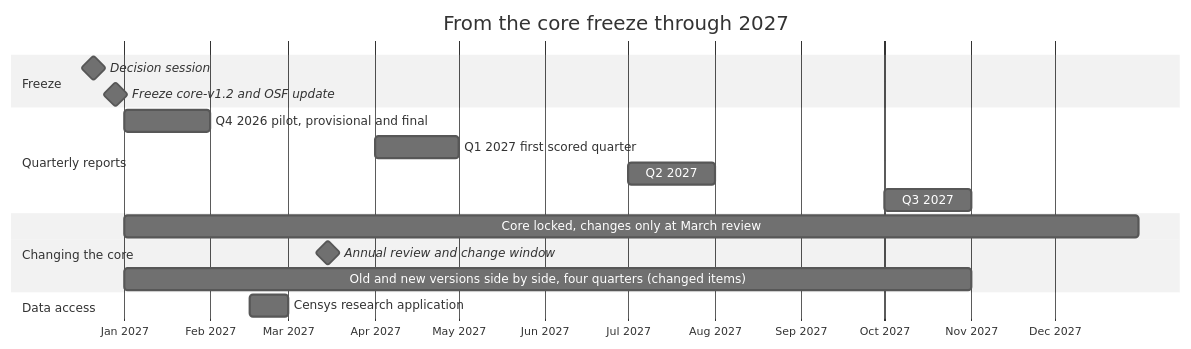
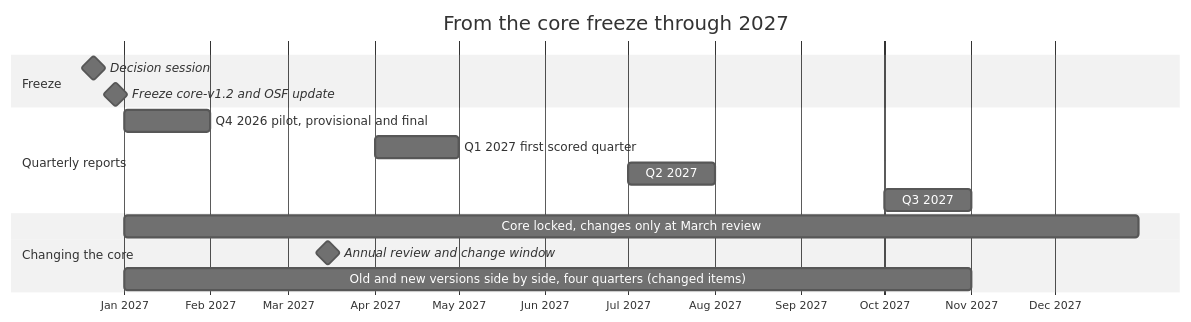
One commit to pagagne/internet-security-snapshot changed the diagram in docs/diagrams/freeze_year.mmd. Above: the diagram before and after it, drawn with Mermaid (neutral theme). The commit also changed 17 other files, not shown here.

First line of the commit message:
Brainstorm decisions of 25 Oct: exploratory sources scheduled, Censys application to 17 Nov, inquiry log, watch cases by rule

```diff
--- a/docs/diagrams/freeze_year.mmd
+++ b/docs/diagrams/freeze_year.mmd
@@ -1,19 +1,17 @@
 gantt
   title From the core freeze through 2027
   dateFormat YYYY-MM-DD
   axisFormat %b %Y
   tickInterval 1month
   section Freeze
     Decision session                    :milestone, 2026-12-21, 0d
     Freeze core-v1.2 and OSF update     :milestone, 2026-12-29, 0d
   section Quarterly reports
     Q4 2026 pilot, provisional and final :2027-01-01, 2027-02-01
     Q1 2027 first scored quarter         :2027-04-01, 2027-05-01
     Q2 2027                              :2027-07-01, 2027-08-01
     Q3 2027                              :2027-10-01, 2027-11-01
   section Changing the core
     Core locked, changes only at March review :2027-01-01, 2027-12-31
     Annual review and change window      :milestone, 2027-03-15, 0d
     Old and new versions side by side, four quarters (changed items) :2027-01-01, 2027-11-01
-  section Data access
-    Censys research application          :2027-02-15, 14d
```
